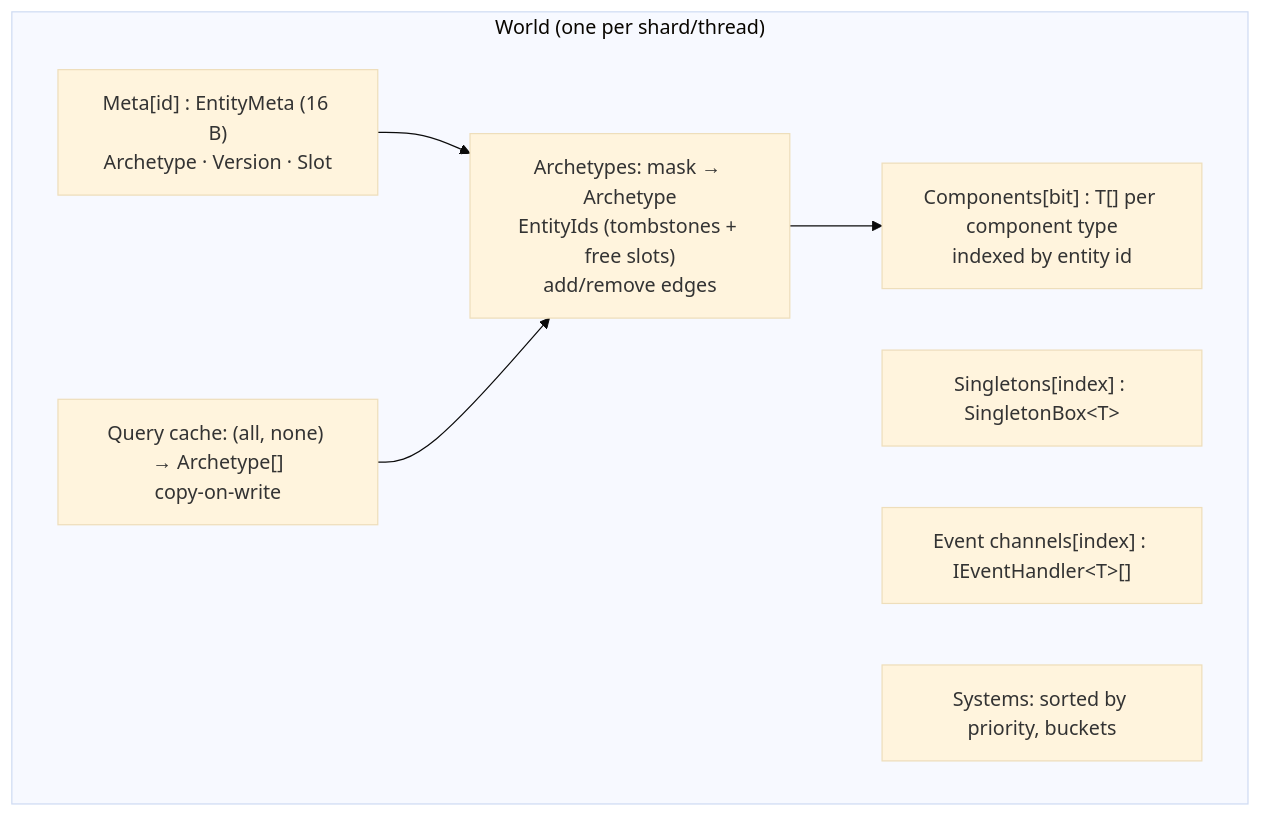
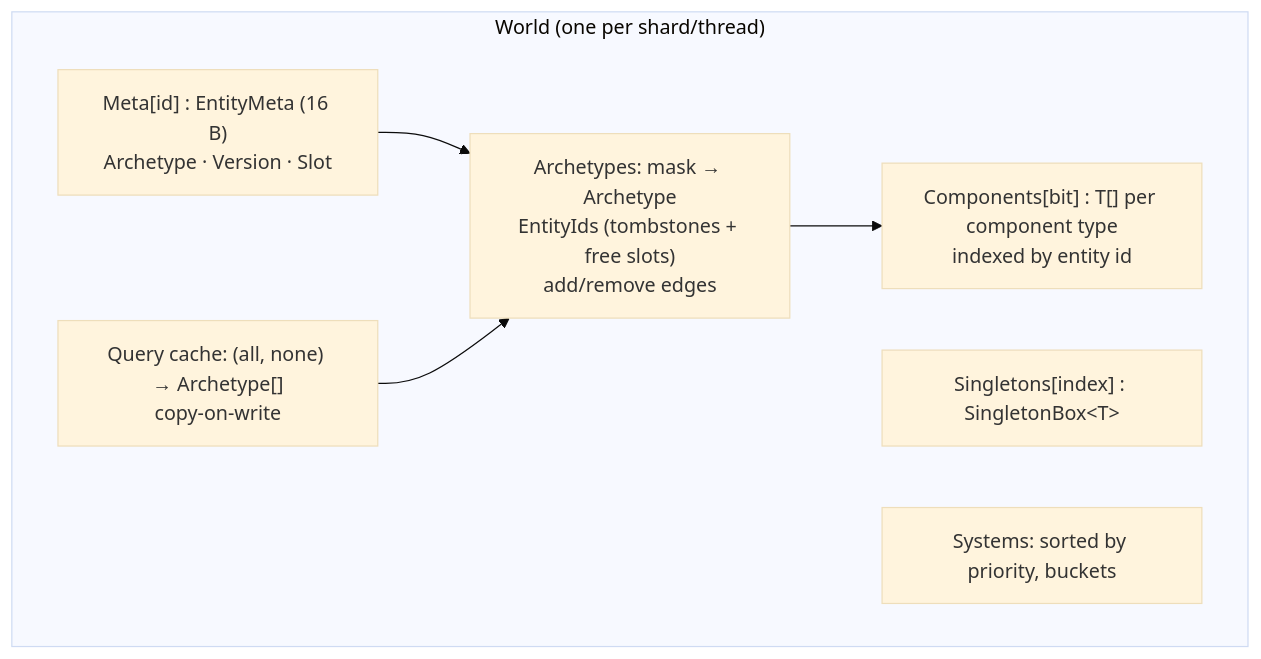
The first of 2 diagrams in doc/architecture.md (JasonXuDeveloper/EasyEcs), drawn with Mermaid (base theme) before and after one commit. The commit also changed other lines of this file and 5 other files, not shown here.

````diff
--- a/doc/architecture.md
+++ b/doc/architecture.md
@@ -12,15 +12,14 @@
 ```mermaid
 flowchart TB
     subgraph "World (one per shard/thread)"
         Meta["Meta[id] : EntityMeta (16 B)<br/>Archetype · Version · Slot"]
         Cols["Components[bit] : T[] per component type<br/>indexed by entity id"]
         Arch["Archetypes: mask → Archetype<br/>EntityIds (tombstones + free slots)<br/>add/remove edges"]
         QC["Query cache: (all, none) → Archetype[]<br/>copy-on-write"]
         Single["Singletons[index] : SingletonBox&lt;T&gt;"]
-        Ev["Event channels[index] : IEventHandler&lt;T&gt;[]"]
         Sys["Systems: sorted by priority, buckets"]
     end
     Meta --> Arch
     Arch --> Cols
     QC --> Arch
 ```
````
